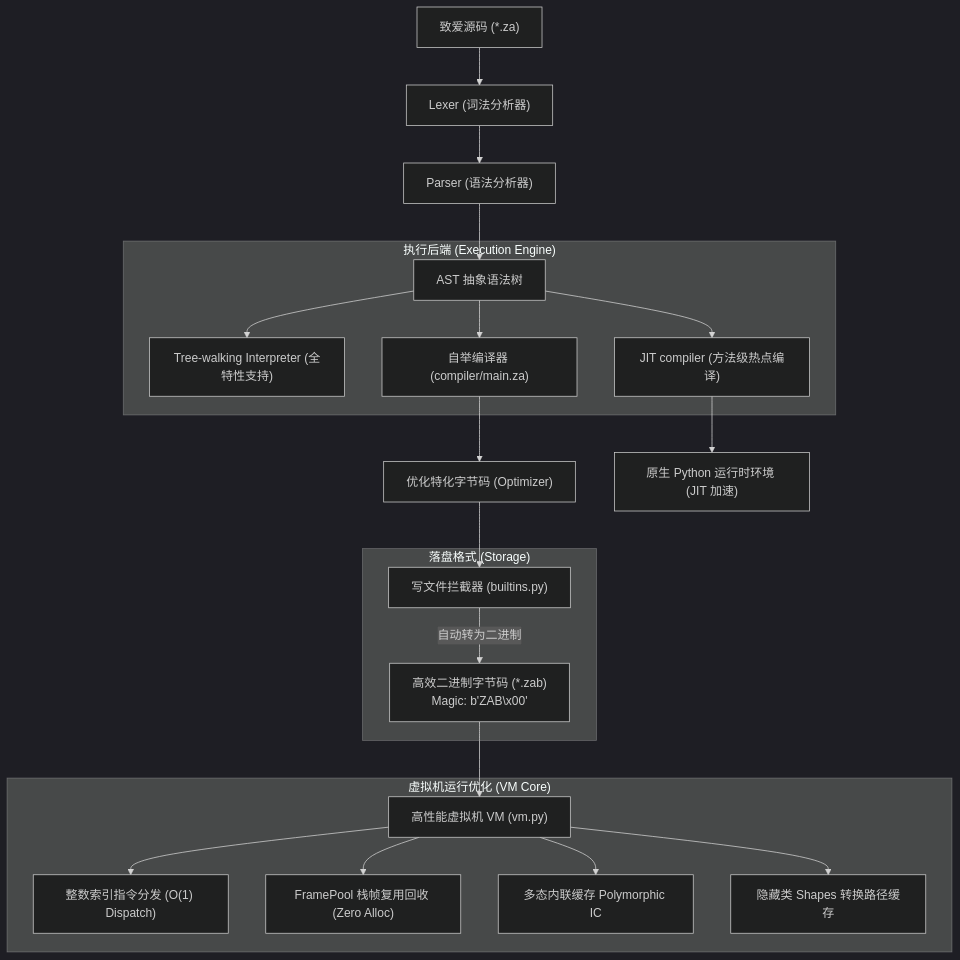
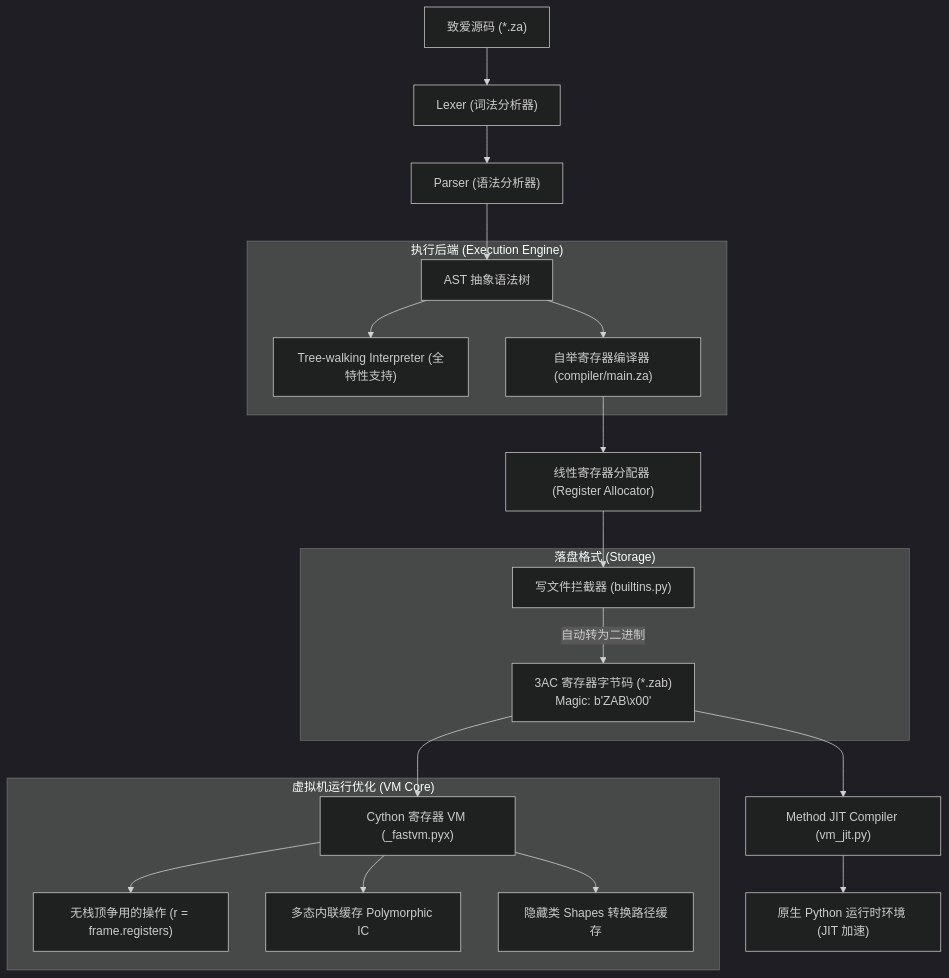
The diagram in README.md (xiokuai/For-Elysia), drawn with Mermaid (dark theme) before and after one commit. The commit also changed other lines of this file, not shown here.

Commit message:
docs: Update README for v1.1.0 Register VM Epic

````diff
--- a/README.md
+++ b/README.md
@@ -42,30 +42,29 @@
 ```mermaid
 flowchart TD
     A["致爱源码 (*.za)"] --> B["Lexer (词法分析器)"]
     B --> C["Parser (语法分析器)"]
     C --> D["AST 抽象语法树"]
     
     subgraph "执行后端 (Execution Engine)"
         D --> E["Tree-walking Interpreter (全特性支持)"]
-        D --> F["JIT compiler (方法级热点编译)"]
-        D --> G["自举编译器 (compiler/main.za)"]
+        D --> G["自举寄存器编译器 (compiler/main.za)"]
     end
     
-    G --> H["优化特化字节码 (Optimizer)"]
+    G --> H["线性寄存器分配器 (Register Allocator)"]
     H --> I["写文件拦截器 (builtins.py)"]
     
     subgraph "落盘格式 (Storage)"
-        I -->|自动转为二进制| J["高效二进制字节码 (*.zab)<br>Magic: b'ZAB\x00'"]
+        I -->|自动转为二进制| J["3AC 寄存器字节码 (*.zab)<br>Magic: b'ZAB\x00'"]
     end
     
-    J --> K["高性能虚拟机 VM (vm.py)"]
+    J --> K["Cython 寄存器 VM (_fastvm.pyx)"]
+    J --> F["Method JIT Compiler (vm_jit.py)"]
     
     subgraph "虚拟机运行优化 (VM Core)"
-        K --> L["整数索引指令分发 (O(1) Dispatch)"]
-        K --> M["FramePool 栈帧复用回收 (Zero Alloc)"]
+        K --> L["无栈顶争用的操作 (r = frame.registers)"]
         K --> N["多态内联缓存 Polymorphic IC"]
         K --> O["隐藏类 Shapes 转换路径缓存"]
     end
     
     F --> P["原生 Python 运行时环境 (JIT 加速)"]
 ```
````
